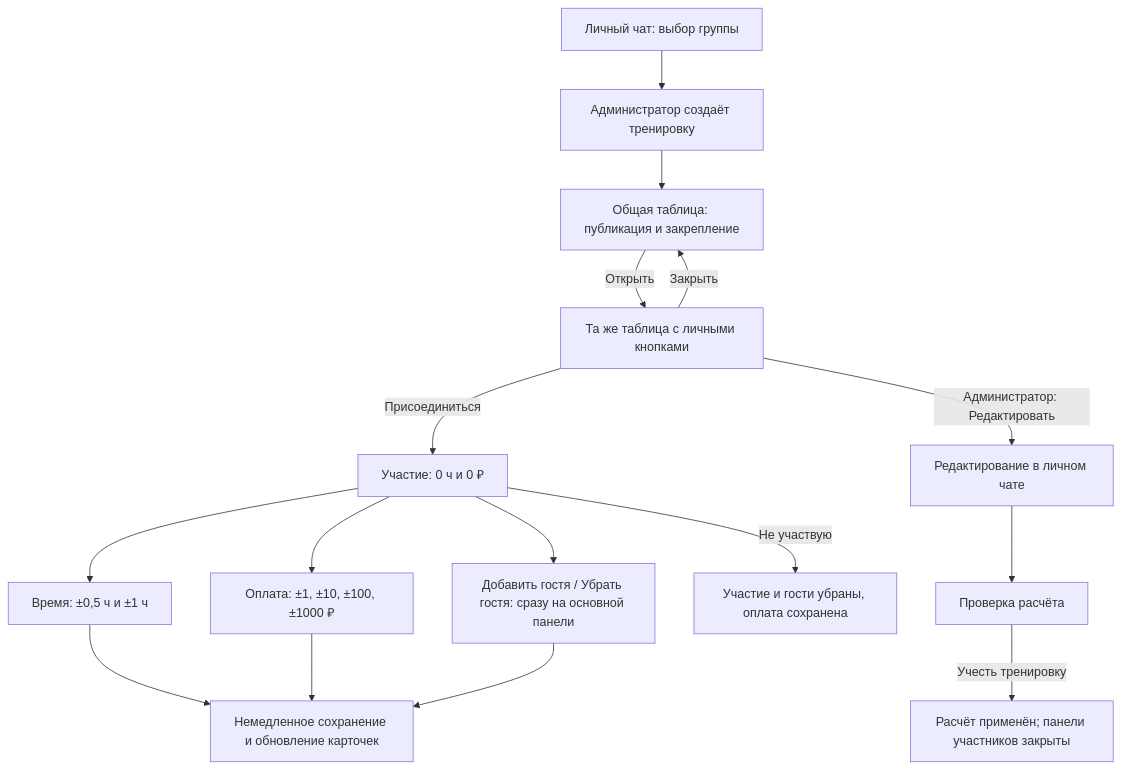
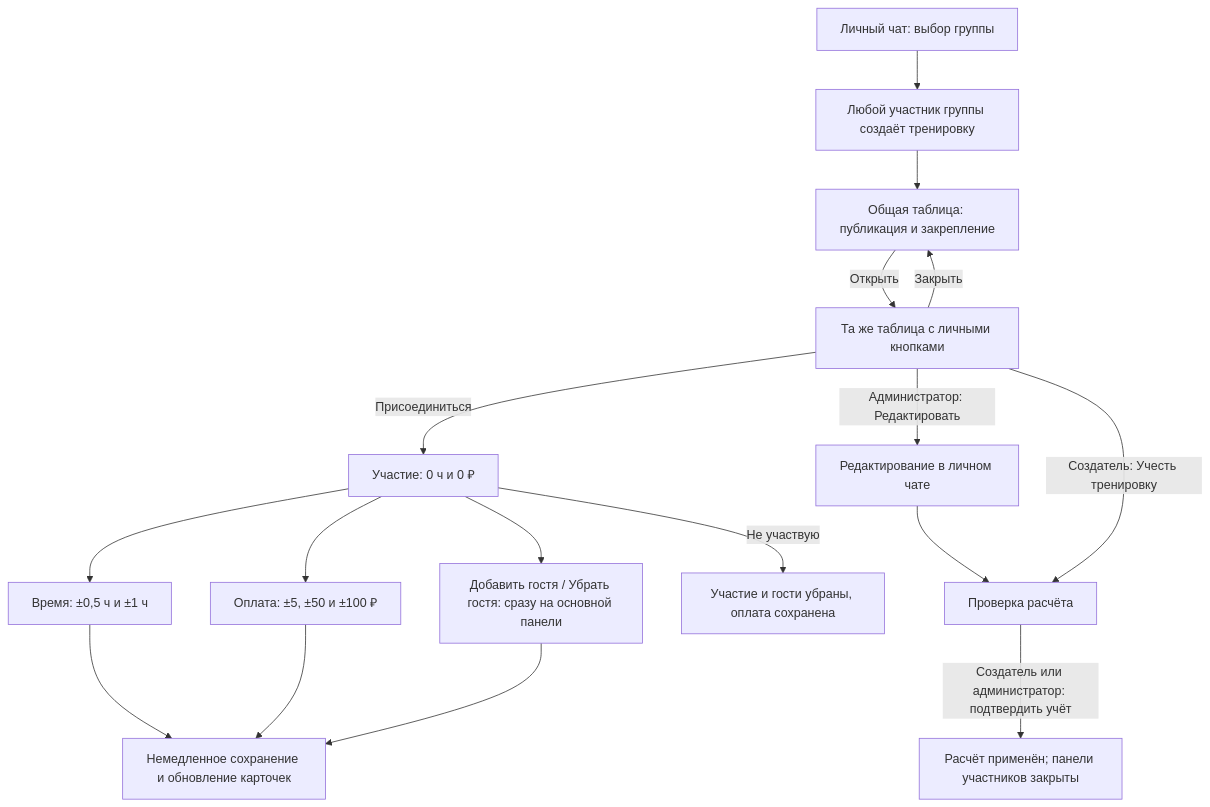
One commit to Romamor/tennis-split-bot changed the first of 3 diagrams in docs/UI_FLOW_REVIEW.md. Above: the diagram before and after it, drawn with Mermaid. The commit also changed other lines of this file and 11 other files, not shown here.

````diff
--- a/docs/UI_FLOW_REVIEW.md
+++ b/docs/UI_FLOW_REVIEW.md
@@ -10,18 +10,19 @@
 ```mermaid
 flowchart TD
-    Menu[Личный чат: выбор группы] --> Create[Администратор создаёт тренировку]
+    Menu[Личный чат: выбор группы] --> Create[Любой участник группы создаёт тренировку]
     Create --> Public[Общая таблица: публикация и закрепление]
     Public -->|Открыть| Personal[Та же таблица с личными кнопками]
     Personal -->|Присоединиться| Joined[Участие: 0 ч и 0 ₽]
     Joined --> Time[Время: ±0,5 ч и ±1 ч]
-    Joined --> Payment[Оплата: ±1, ±10, ±100, ±1000 ₽]
+    Joined --> Payment[Оплата: ±5, ±50 и ±100 ₽]
     Joined --> Guests[Добавить гостя / Убрать гостя: сразу на основной панели]
     Time --> Save[Немедленное сохранение и обновление карточек]
     Payment --> Save
     Guests --> Save
     Joined -->|Не участвую| Leave[Участие и гости убраны, оплата сохранена]
     Personal -->|Закрыть| Public
     Personal -->|Администратор: Редактировать| Editor[Редактирование в личном чате]
     Editor --> Preview[Проверка расчёта]
-    Preview -->|Учесть тренировку| Accounted[Расчёт применён; панели участников закрыты]
+    Personal -->|Создатель: Учесть тренировку| Preview
+    Preview -->|Создатель или администратор: подтвердить учёт| Accounted[Расчёт применён; панели участников закрыты]
 ```
````
